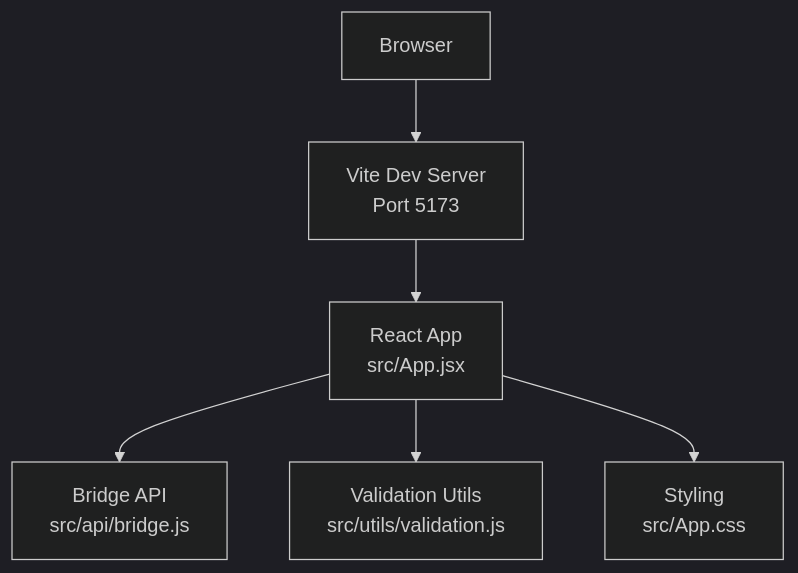
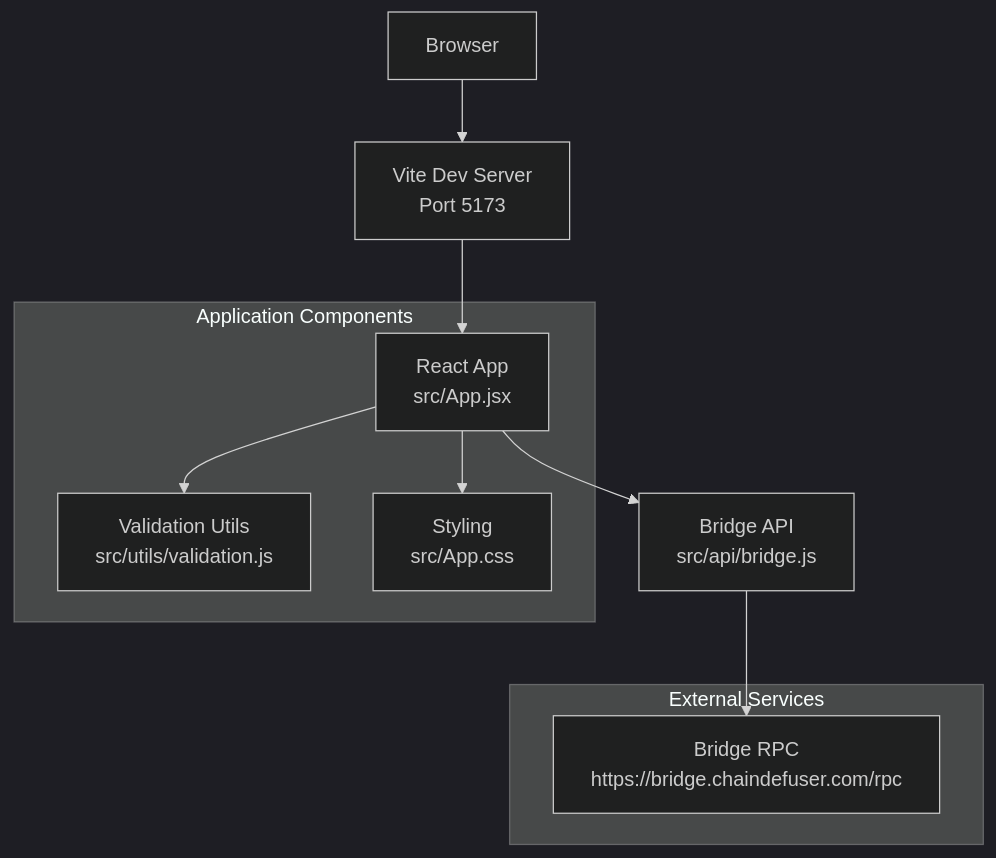
One commit to KaranMakani/deposit-fixer changed the diagram in .qoder/repowiki/en/content/Getting Started.md. Above: the diagram before and after it, drawn with Mermaid (dark theme). The commit also changed other lines of this file and 10 other files, not shown here.

````diff
--- a/.qoder/repowiki/en/content/Getting Started.md
+++ b/.qoder/repowiki/en/content/Getting Started.md
@@ -137,14 +237,24 @@
 ```mermaid
 graph TB
 Browser["Browser"]
 ViteDev["Vite Dev Server<br/>Port 5173"]
 ReactApp["React App<br/>src/App.jsx"]
 API["Bridge API<br/>src/api/bridge.js"]
 Validation["Validation Utils<br/>src/utils/validation.js"]
 Styles["Styling<br/>src/App.css"]
+RPC["Bridge RPC<br/>https://bridge.chaindefuser.com/rpc"]
 Browser --> ViteDev
 ViteDev --> ReactApp
 ReactApp --> API
 ReactApp --> Validation
 ReactApp --> Styles
+API --> RPC
+subgraph "Application Components"
+ReactApp
+Validation
+Styles
+end
+subgraph "External Services"
+RPC
+end
 ```
````
